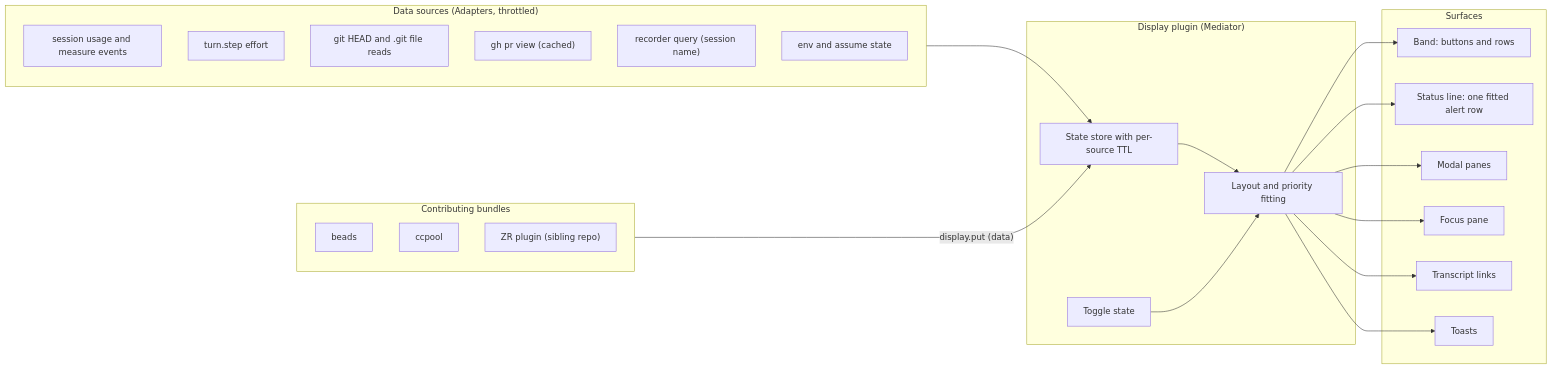
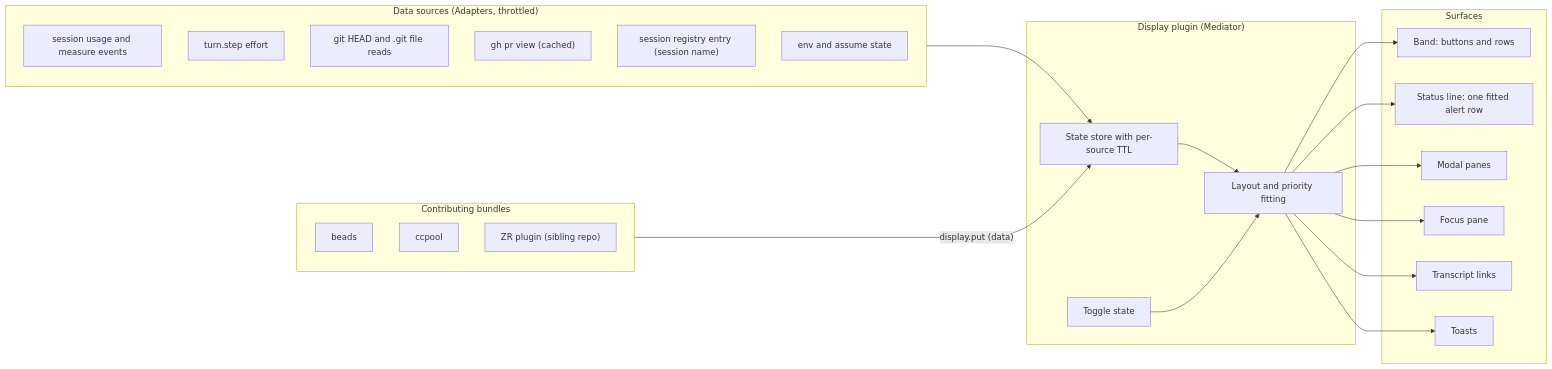
Before and after one commit to phillipgreenii/nix-agent-support: the first of 3 diagrams in docs/superpowers/specs/2026-11-05-display-layer-design.md, drawn with Mermaid. The commit also changed other lines of this file, not shown here.

````diff
--- a/docs/superpowers/specs/2026-11-05-display-layer-design.md
+++ b/docs/superpowers/specs/2026-11-05-display-layer-design.md
@@ -85,39 +84,39 @@
 ```mermaid
 flowchart LR
     subgraph Sources["Data sources (Adapters, throttled)"]
         U["session usage and measure events"]
         T["turn.step effort"]
         G["git HEAD and .git file reads"]
         P["gh pr view (cached)"]
-        R["recorder query (session name)"]
+        R["session registry entry (session name)"]
         E["env and assume state"]
     end
     subgraph Display["Display plugin (Mediator)"]
         S["State store with per-source TTL"]
         L["Layout and priority fitting"]
         Q["Toggle state"]
     end
     subgraph Surfaces["Surfaces"]
         B["Band: buttons and rows"]
         A["Status line: one fitted alert row"]
         M["Modal panes"]
         F["Focus pane"]
         X["Transcript links"]
         TS["Toasts"]
     end
     subgraph Bundles["Contributing bundles"]
         BE["beads"]
         CC["ccpool"]
         ZR["ZR plugin (sibling repo)"]
     end
     Sources --> S
     Bundles -->|"display.put (data)"| S
     S --> L
     Q --> L
     L --> B
     L --> A
     L --> M
     L --> F
     L --> X
     L --> TS
 ```
````
